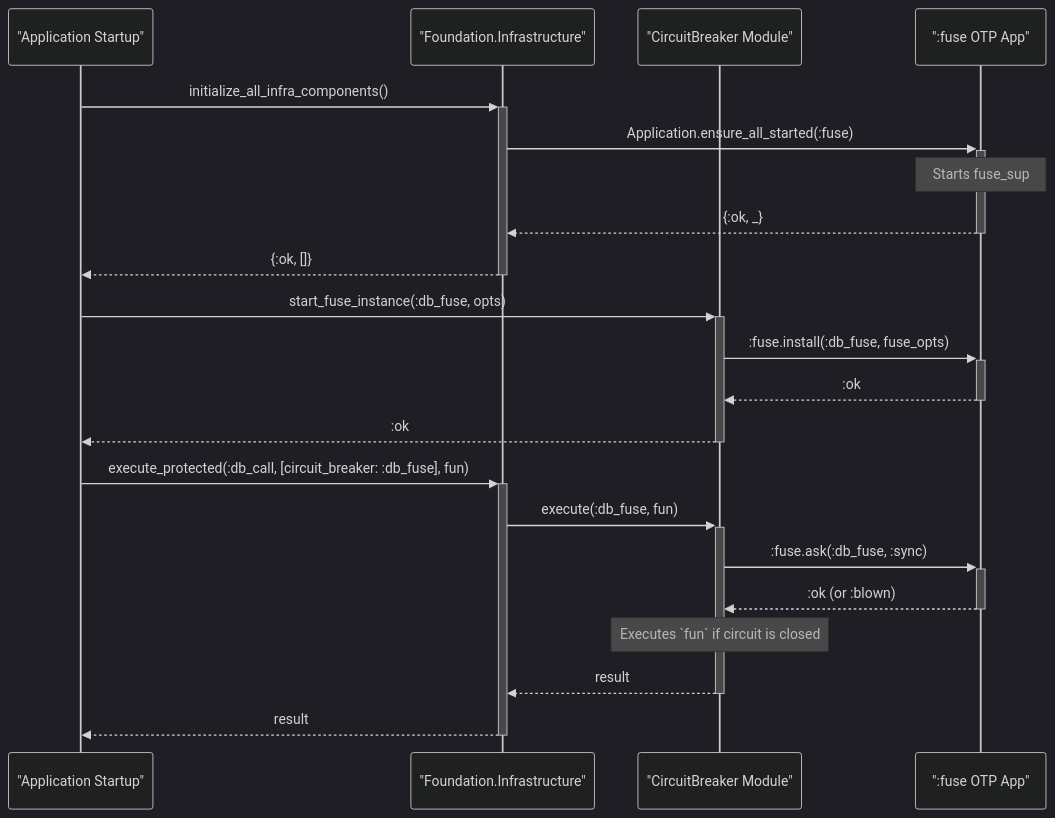
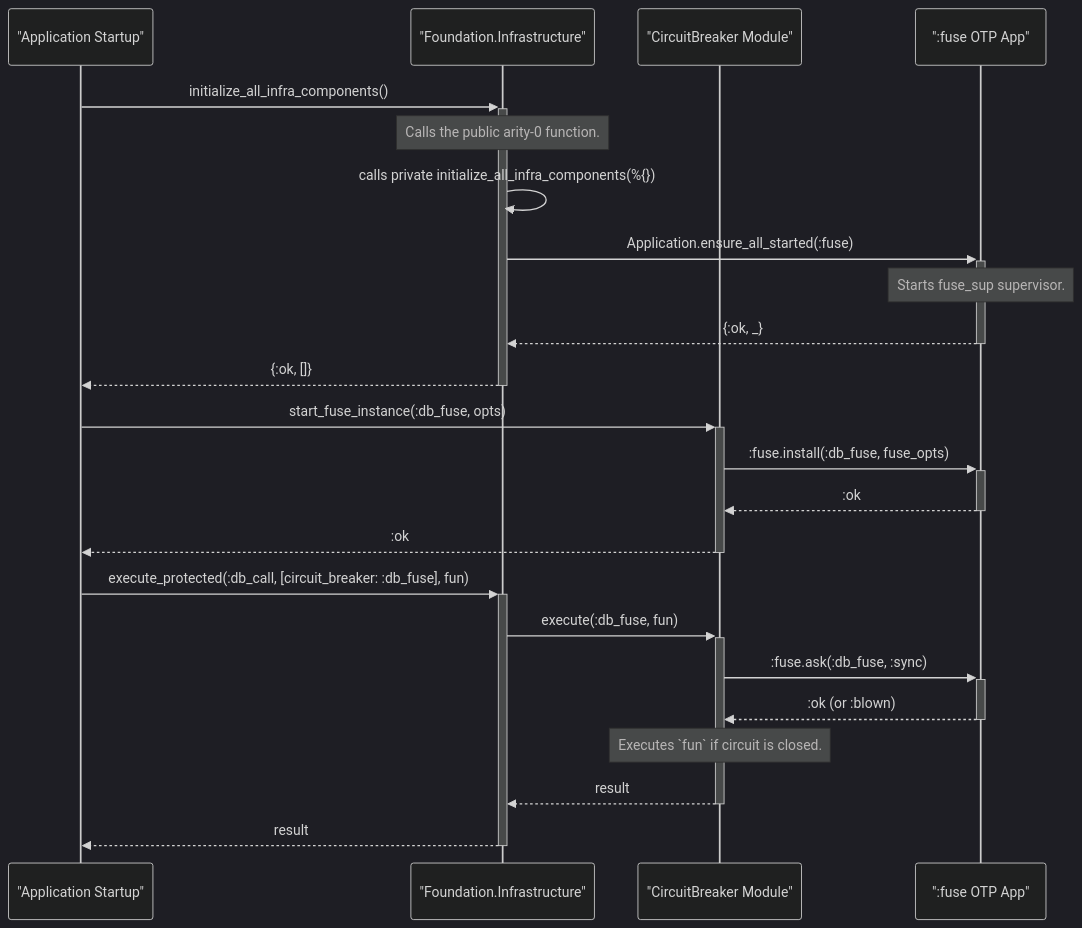
One commit to nshkrdotcom/foundation changed the diagram in docs/INFRA_FUSE.md. Above: the diagram before and after it, drawn with Mermaid (dark theme). The commit also changed other lines of this file and 7 other files, not shown here.

````diff
--- a/docs/INFRA_FUSE.md
+++ b/docs/INFRA_FUSE.md
@@ -113,26 +90,28 @@
 ```mermaid
 sequenceDiagram
     participant App as "Application Startup"
     participant Infra as "Foundation.Infrastructure"
     participant CB as "CircuitBreaker Module"
     participant Fuse as ":fuse OTP App"
     
     App->>+Infra: initialize_all_infra_components()
+    Note over Infra: Calls the public arity-0 function.
+    Infra->>Infra: calls private initialize_all_infra_components(%{})
     Infra->>+Fuse: Application.ensure_all_started(:fuse)
-    Note over Fuse: Starts fuse_sup
+    Note over Fuse: Starts fuse_sup supervisor.
     Fuse-->>-Infra: {:ok, _}
     Infra-->>-App: {:ok, []}
 
     App->>+CB: start_fuse_instance(:db_fuse, opts)
     CB->>+Fuse: :fuse.install(:db_fuse, fuse_opts)
     Fuse-->>-CB: :ok
     CB-->>-App: :ok
 
     App->>+Infra: execute_protected(:db_call, [circuit_breaker: :db_fuse], fun)
     Infra->>+CB: execute(:db_fuse, fun)
     CB->>+Fuse: :fuse.ask(:db_fuse, :sync)
     Fuse-->>-CB: :ok (or :blown)
-    Note over CB: Executes `fun` if circuit is closed
+    Note over CB: Executes `fun` if circuit is closed.
     CB-->>-Infra: result
     Infra-->>-App: result
 ```
````
